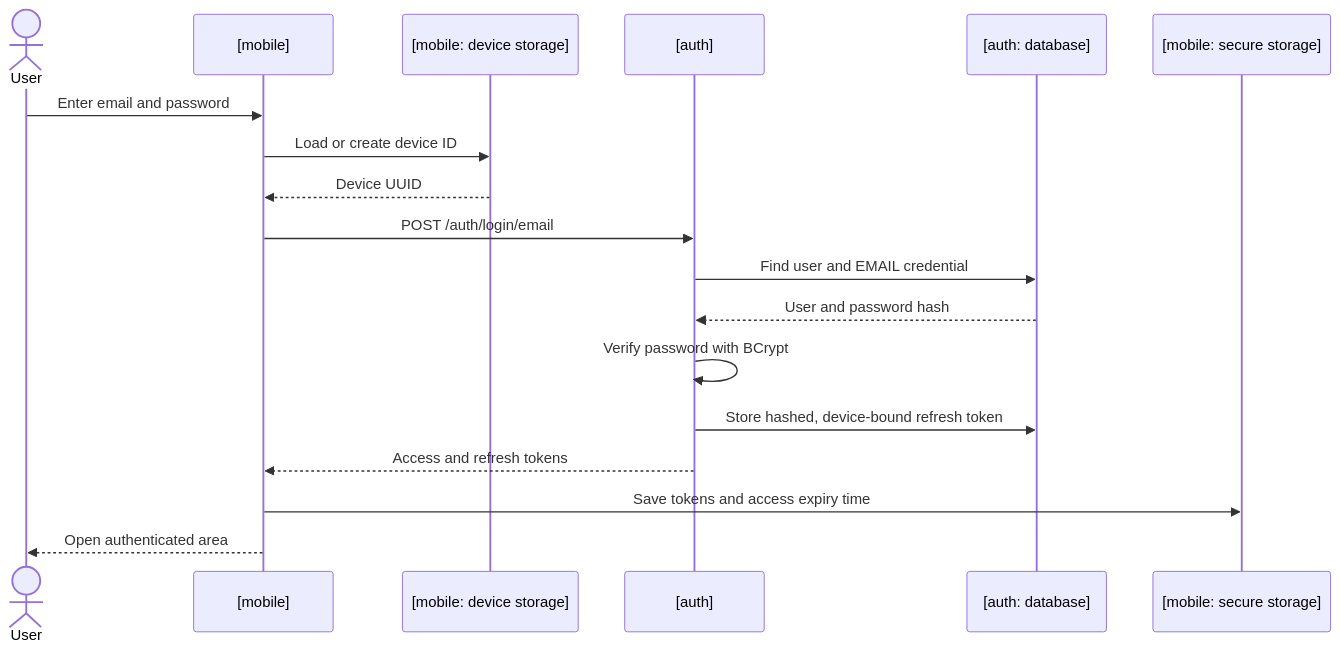
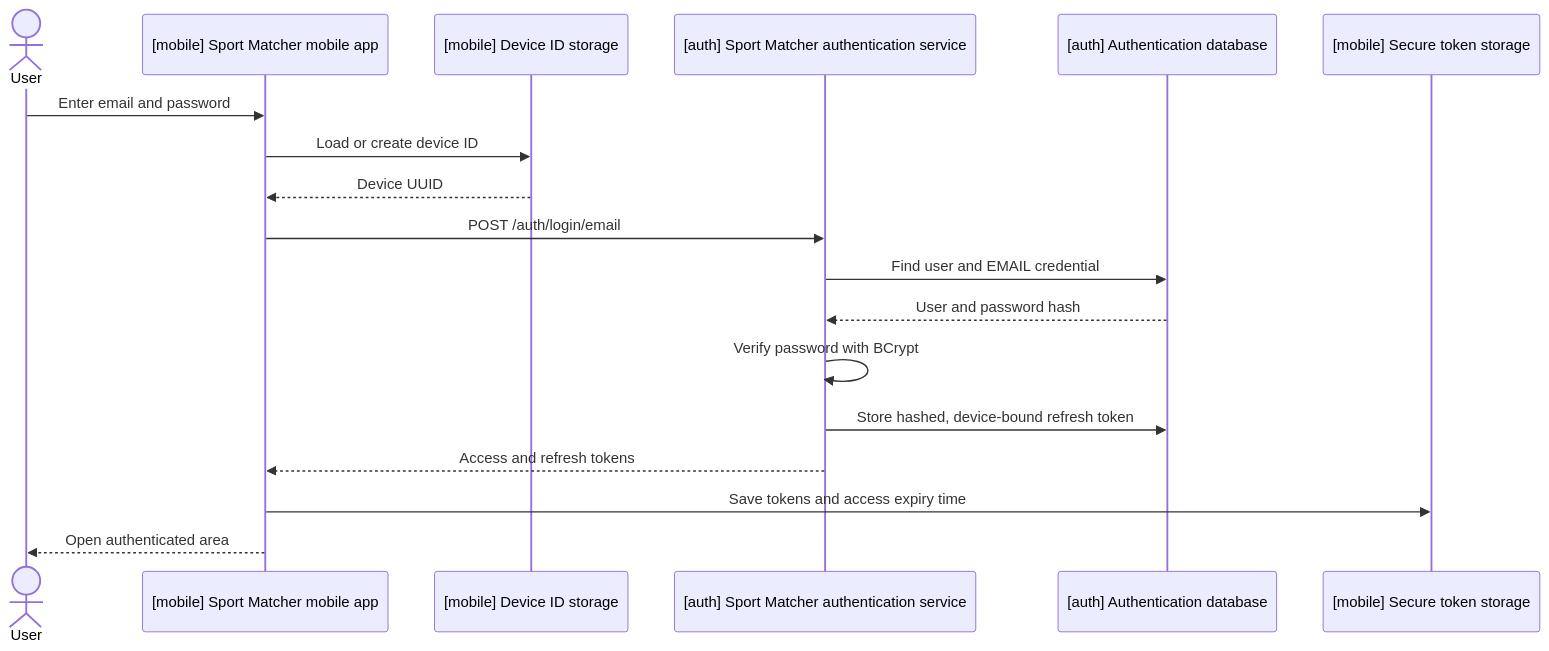
One commit to aurochs108/sport-matcher-docs changed the diagram in docs/features/login.md. Above: the diagram before and after it, drawn with Mermaid.

Commit message:
docs: clarify login diagram ownership

````diff
--- a/docs/features/login.md
+++ b/docs/features/login.md
@@ -23,21 +23,21 @@
 ```mermaid
 sequenceDiagram
     actor User
-    participant Mobile as [mobile]
-    participant Device as [mobile: device storage]
-    participant Auth as [auth]
-    participant DB as [auth: database]
-    participant Secure as [mobile: secure storage]
+    participant Mobile as [mobile] Sport Matcher mobile app
+    participant Device as [mobile] Device ID storage
+    participant Auth as [auth] Sport Matcher authentication service
+    participant DB as [auth] Authentication database
+    participant Secure as [mobile] Secure token storage
 
     User->>Mobile: Enter email and password
     Mobile->>Device: Load or create device ID
     Device-->>Mobile: Device UUID
     Mobile->>Auth: POST /auth/login/email
     Auth->>DB: Find user and EMAIL credential
     DB-->>Auth: User and password hash
     Auth->>Auth: Verify password with BCrypt
     Auth->>DB: Store hashed, device-bound refresh token
     Auth-->>Mobile: Access and refresh tokens
     Mobile->>Secure: Save tokens and access expiry time
     Mobile-->>User: Open authenticated area
 ```
````
